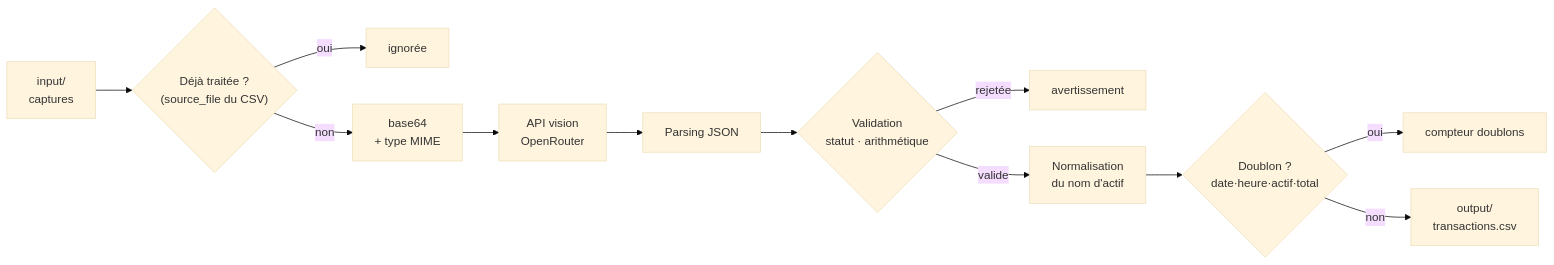
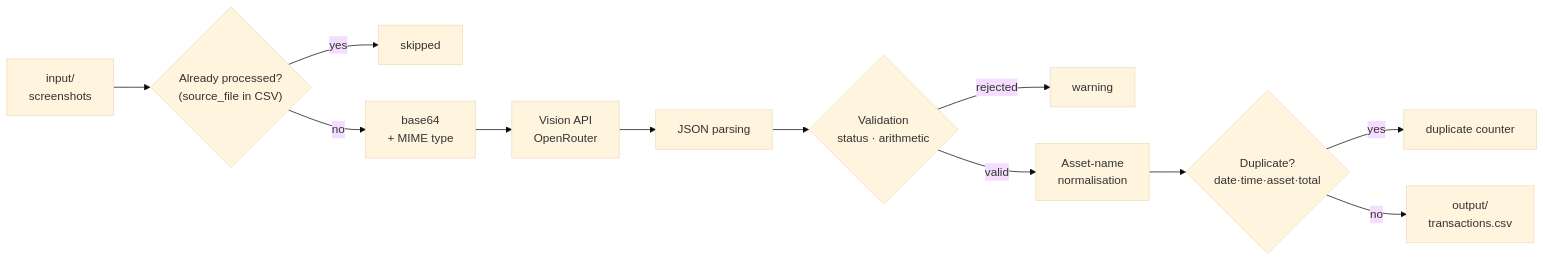
One commit to Skeeder1/investor changed the diagram in README.md. Above: the diagram before and after it, drawn with Mermaid (base theme). The commit also changed other lines of this file and 10 other files, not shown here.

````diff
--- a/README.md
+++ b/README.md
@@ -106,14 +106,14 @@
 ```mermaid
 flowchart LR
-    A["input/<br/>captures"] --> B{"Déjà traitée ?<br/>(source_file du CSV)"}
-    B -- oui --> Z["ignorée"]
-    B -- non --> C["base64<br/>+ type MIME"]
-    C --> D["API vision<br/>OpenRouter"]
-    D --> E["Parsing JSON"]
-    E --> F{"Validation<br/>statut · arithmétique"}
-    F -- rejetée --> Y["avertissement"]
-    F -- valide --> G["Normalisation<br/>du nom d'actif"]
-    G --> H{"Doublon ?<br/>date·heure·actif·total"}
-    H -- oui --> X["compteur doublons"]
-    H -- non --> I["output/<br/>transactions.csv"]
+    A["input/<br/>screenshots"] --> B{"Already processed?<br/>(source_file in CSV)"}
+    B -- yes --> Z["skipped"]
+    B -- no --> C["base64<br/>+ MIME type"]
+    C --> D["Vision API<br/>OpenRouter"]
+    D --> E["JSON parsing"]
+    E --> F{"Validation<br/>status · arithmetic"}
+    F -- rejected --> Y["warning"]
+    F -- valid --> G["Asset-name<br/>normalisation"]
+    G --> H{"Duplicate?<br/>date·time·asset·total"}
+    H -- yes --> X["duplicate counter"]
+    H -- no --> I["output/<br/>transactions.csv"]
 ```
````
